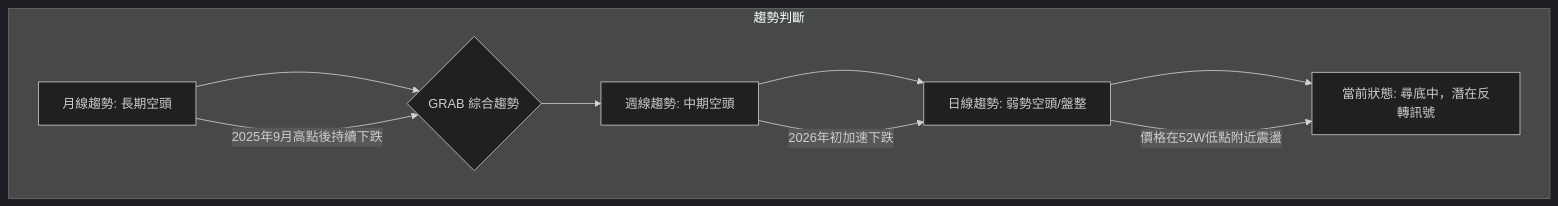
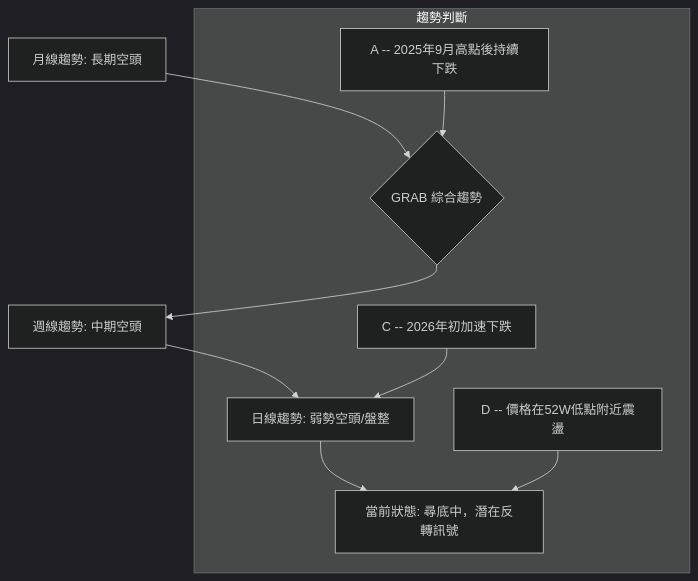
Before and after one commit to yennanliu/finance_data: the second of 4 diagrams in ai_gen_report/stock/grab/technical_analysis_2026-06-06_gemini.md, drawn with Mermaid (dark theme). The commit also changed other lines of this file and 2258 other files, not shown here.

First line of the commit message:
chore: backfill Mermaid syntax repair across existing reports

````diff
--- a/ai_gen_report/stock/grab/technical_analysis_2026-06-06_gemini.md
+++ b/ai_gen_report/stock/grab/technical_analysis_2026-06-06_gemini.md
@@ -142,13 +142,13 @@
 ```mermaid
 graph TD
-    A[月線趨勢: 長期空頭] --> B{GRAB 綜合趨勢}
-    B --> C[週線趨勢: 中期空頭]
-    C --> D[日線趨勢: 弱勢空頭/盤整]
-    D --> E[當前狀態: 尋底中，潛在反轉訊號]
+    A["月線趨勢: 長期空頭"] --> B{"GRAB 綜合趨勢"}
+    B --> C["週線趨勢: 中期空頭"]
+    C --> D["日線趨勢: 弱勢空頭/盤整"]
+    D --> E["當前狀態: 尋底中，潛在反轉訊號"]
 
     subgraph 趨勢判斷
-        A -- 2025年9月高點後持續下跌 --> B
-        C -- 2026年初加速下跌 --> D
-        D -- 價格在52W低點附近震盪 --> E
+        nb1["A -- 2025年9月高點後持續下跌"] --> B
+        nb2["C -- 2026年初加速下跌"] --> D
+        nb3["D -- 價格在52W低點附近震盪"] --> E
     end
 ```
````
